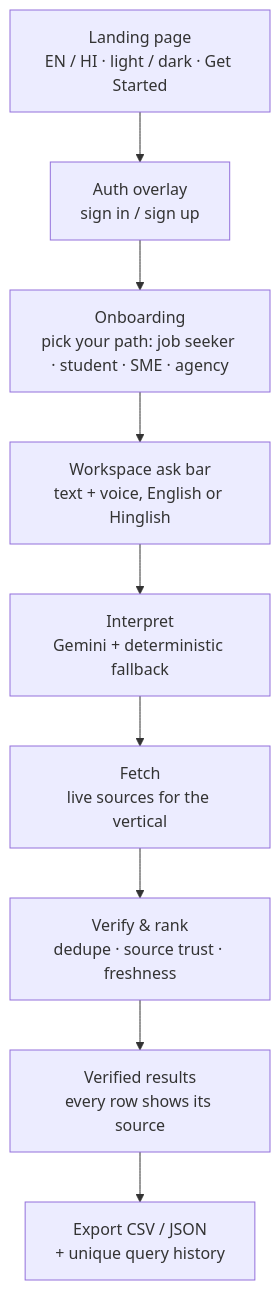
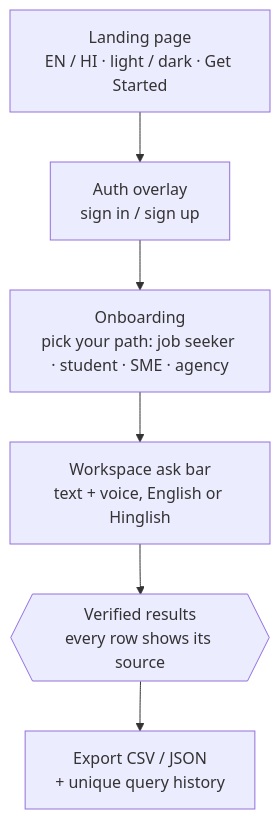
One commit to sranswal/ekam changed the first of 2 diagrams in README.md. Above: the diagram before and after it, drawn with Mermaid. The commit also changed other lines of this file and 20 other files, not shown here.

````diff
--- a/README.md
+++ b/README.md
@@ -35,11 +52,8 @@
 ```mermaid
 flowchart TD
     A[Landing page<br>EN / HI · light / dark · Get Started] --> B[Auth overlay<br>sign in / sign up]
     B --> C[Onboarding<br>pick your path: job seeker · student · SME · agency]
     C --> D[Workspace ask bar<br>text + voice, English or Hinglish]
-    D --> E[Interpret<br>Gemini + deterministic fallback]
-    E --> F[Fetch<br>live sources for the vertical]
-    F --> G[Verify & rank<br>dedupe · source trust · freshness]
-    G --> H[Verified results<br>every row shows its source]
-    H --> I[Export CSV / JSON<br>+ unique query history]
+    D --> E{{Verified results<br>every row shows its source}}
+    E --> F[Export CSV / JSON<br>+ unique query history]
 ```
````
